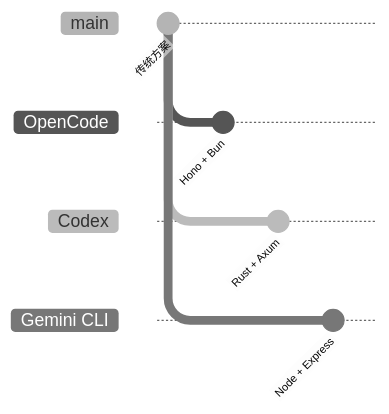
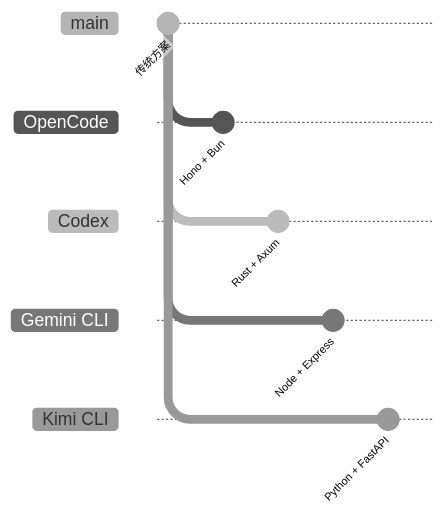
One commit to giraffe-tree/agent-base changed diagram 15 of 15 in docs/opencode/09-opencode-web-server.md. Above: the diagram before and after it, drawn with Mermaid (neutral theme). The commit also changed other lines of this file and 155 other files, not shown here.

````diff
--- a/docs/opencode/09-opencode-web-server.md
+++ b/docs/opencode/09-opencode-web-server.md
@@ -832,15 +853,19 @@
 ```mermaid
 gitGraph
     commit id: "传统方案"
     branch "OpenCode"
     checkout "OpenCode"
     commit id: "Hono + Bun"
     checkout main
     branch "Codex"
     checkout "Codex"
     commit id: "Rust + Axum"
     checkout main
     branch "Gemini CLI"
     checkout "Gemini CLI"
     commit id: "Node + Express"
+    checkout main
+    branch "Kimi CLI"
+    checkout "Kimi CLI"
+    commit id: "Python + FastAPI"
 ```
````
